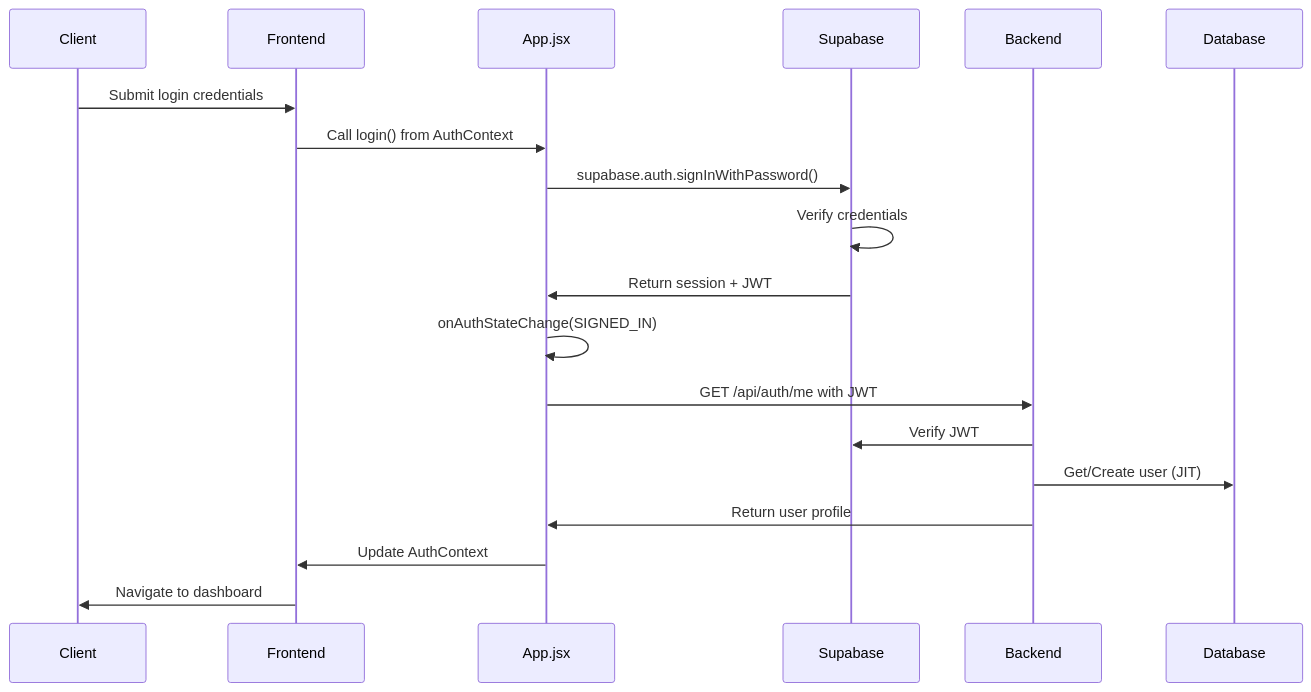
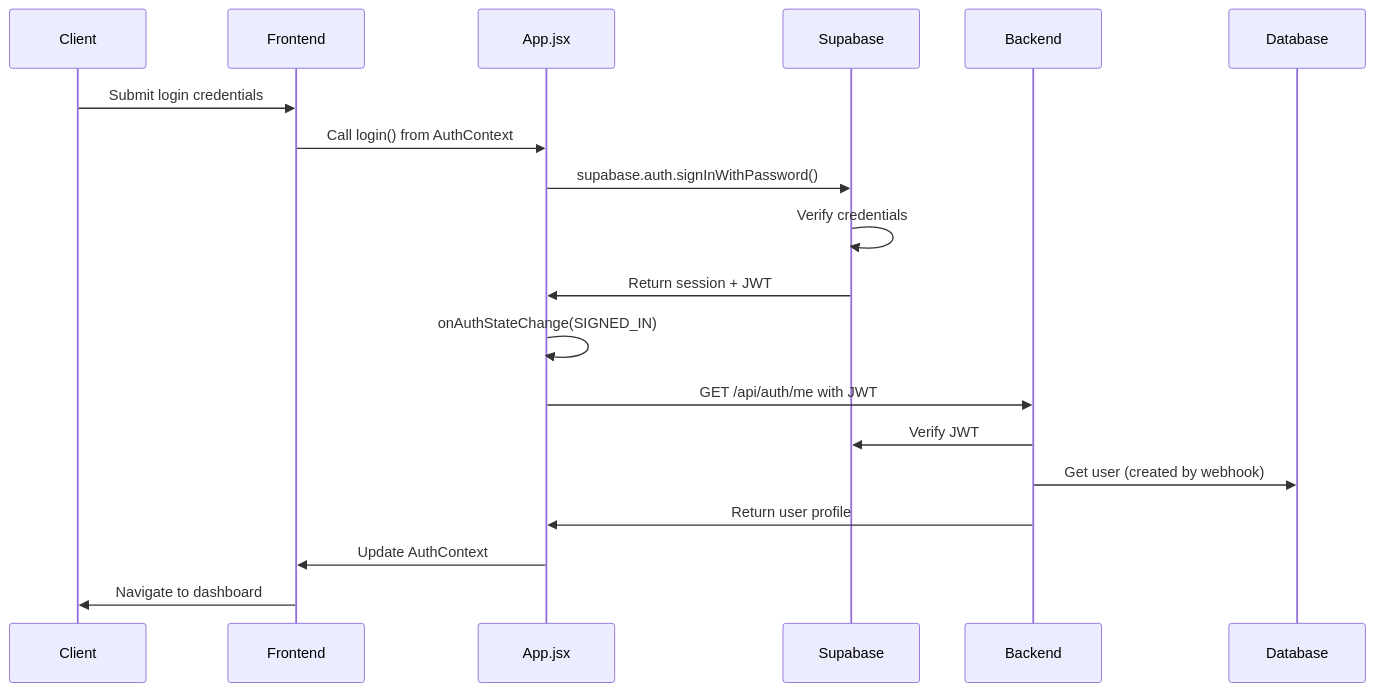
Before and after one commit to ibrahim-ansari-code/cursor-for-music-videos: the first of 2 diagrams in Backend/api/auth/Auth.md, drawn with Mermaid. The commit also changed other lines of this file and 15 other files, not shown here.

First line of the commit message:
Enhance User Synchronization and Webhook Handling in Authentication API (#173)

````diff
--- a/Backend/api/auth/Auth.md
+++ b/Backend/api/auth/Auth.md
@@ -100,22 +106,22 @@
 ```mermaid
 sequenceDiagram
     participant Client
     participant Frontend
     participant App.jsx
     participant Supabase
     participant Backend
     participant Database
 
     Client->>Frontend: Submit login credentials
     Frontend->>App.jsx: Call login() from AuthContext
     App.jsx->>Supabase: supabase.auth.signInWithPassword()
     Supabase->>Supabase: Verify credentials
     Supabase->>App.jsx: Return session + JWT
     App.jsx->>App.jsx: onAuthStateChange(SIGNED_IN)
     App.jsx->>Backend: GET /api/auth/me with JWT
     Backend->>Supabase: Verify JWT
-    Backend->>Database: Get/Create user (JIT)
+    Backend->>Database: Get user (created by webhook)
     Backend->>App.jsx: Return user profile
     App.jsx->>Frontend: Update AuthContext
     Frontend->>Client: Navigate to dashboard
 ```
````
